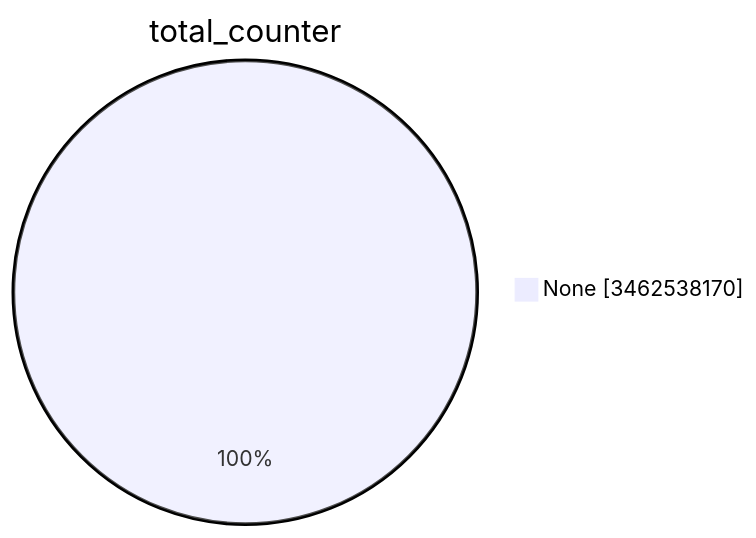
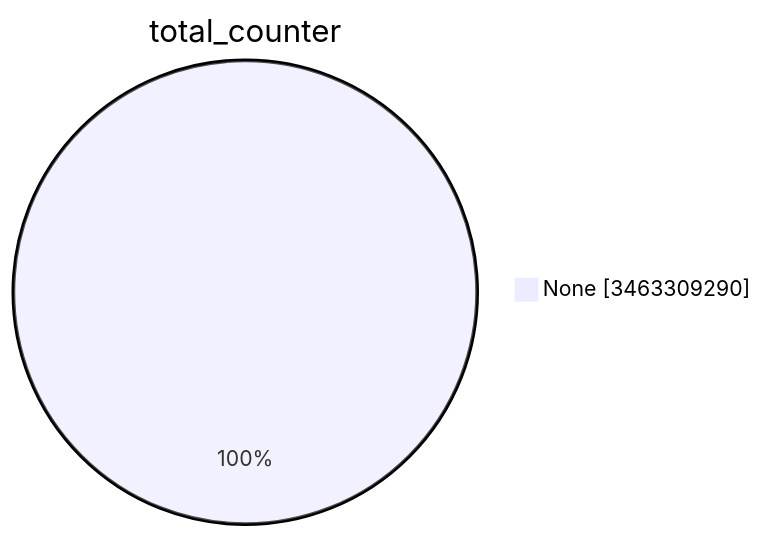
The first of 15 diagrams in TOTAL/README.md (christiankrug/ctmonitor_visualization), drawn with Mermaid before and after one commit. The commit also changed other lines of this file, not shown here.

````diff
--- a/TOTAL/README.md
+++ b/TOTAL/README.md
@@ -1,5 +1,5 @@
 ```mermaid
 pie showData
 title total_counter
-"None" :3462538170
+"None" :3463309290
 ```
````
